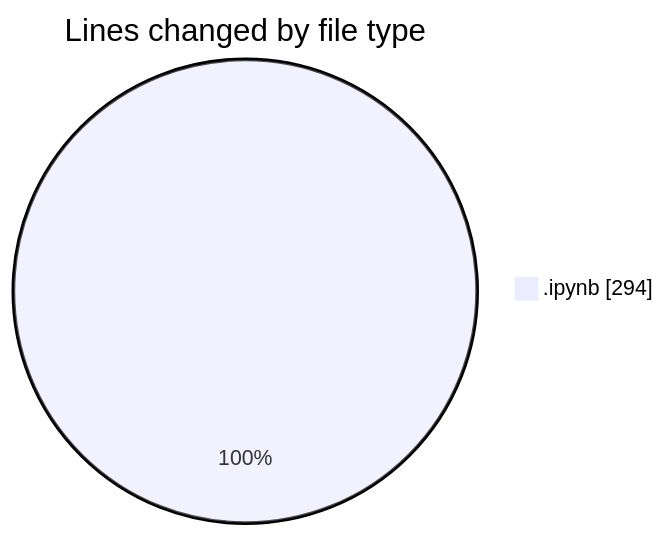
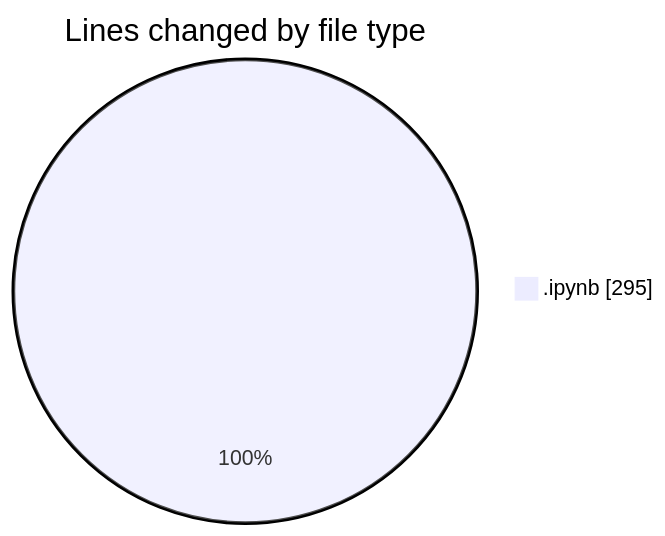
One commit to Unknowalive/code-tracking changed the first of 2 diagrams in 2026-08-25/pws_v/README.md. Above: the diagram before and after it, drawn with Mermaid. The commit also changed other lines of this file and 1 other file, not shown here.

````diff
--- a/2026-08-25/pws_v/README.md
+++ b/2026-08-25/pws_v/README.md
@@ -20,5 +20,5 @@
 ```mermaid
 pie showData
 title Lines changed by file type
-".ipynb" : 294
+".ipynb" : 295
 ```
````
